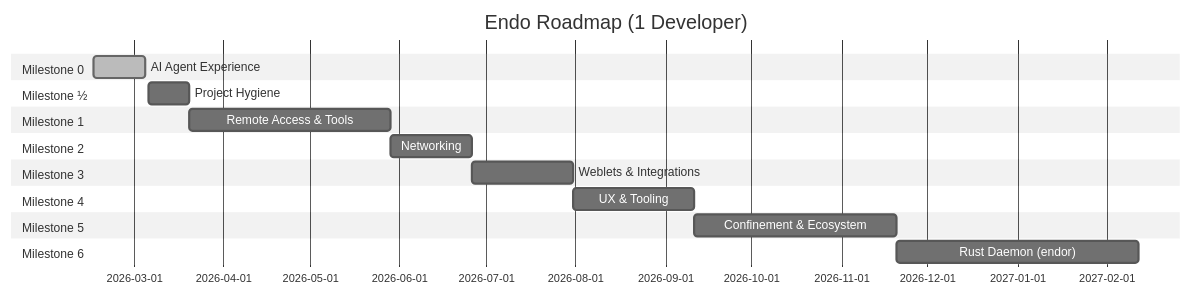
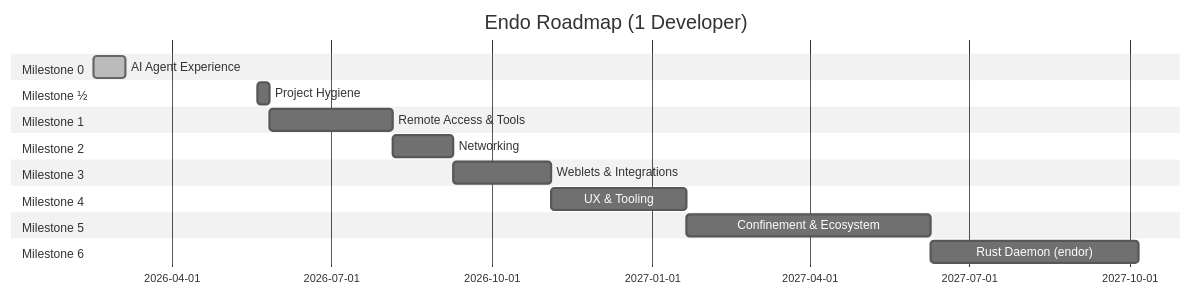
One commit to jbotson/endo-but-for-bots changed the second of 2 diagrams in designs/README.md. Above: the diagram before and after it, drawn with Mermaid (neutral theme). The commit also changed other lines of this file, not shown here.

First line of the commit message:
docs(designs): groom roadmap — milestones + summary refresh (Progress as of 2026-05-20)

````diff
--- a/designs/README.md
+++ b/designs/README.md
@@ -804,29 +863,29 @@
 ```mermaid
 gantt
     title Endo Roadmap (1 Developer)
     dateFormat YYYY-MM-DD
 
     section Milestone 0
     AI Agent Experience           :done, m0, 2026-02-15, 2026-03-05
 
     section Milestone ½
-    Project Hygiene               :mhalf, 2026-03-06, 2w
+    Project Hygiene               :mhalf, 2026-05-20, 1w
 
     section Milestone 1
     Remote Access & Tools         :m1, after mhalf, 10w
 
     section Milestone 2
-    Networking                    :m2, after m1, 4w
+    Networking                    :m2, after m1, 5w
 
     section Milestone 3
-    Weblets & Integrations        :m3, after m2, 5w
+    Weblets & Integrations        :m3, after m2, 8w
 
     section Milestone 4
-    UX & Tooling                  :m4, after m3, 6w
+    UX & Tooling                  :m4, after m3, 11w
 
     section Milestone 5
-    Confinement & Ecosystem       :m5, after m4, 10w
+    Confinement & Ecosystem       :m5, after m4, 20w
 
     section Milestone 6
-    Rust Daemon (endor)           :m6, after m5, 12w
+    Rust Daemon (endor)           :m6, after m5, 17w
 ```
````
